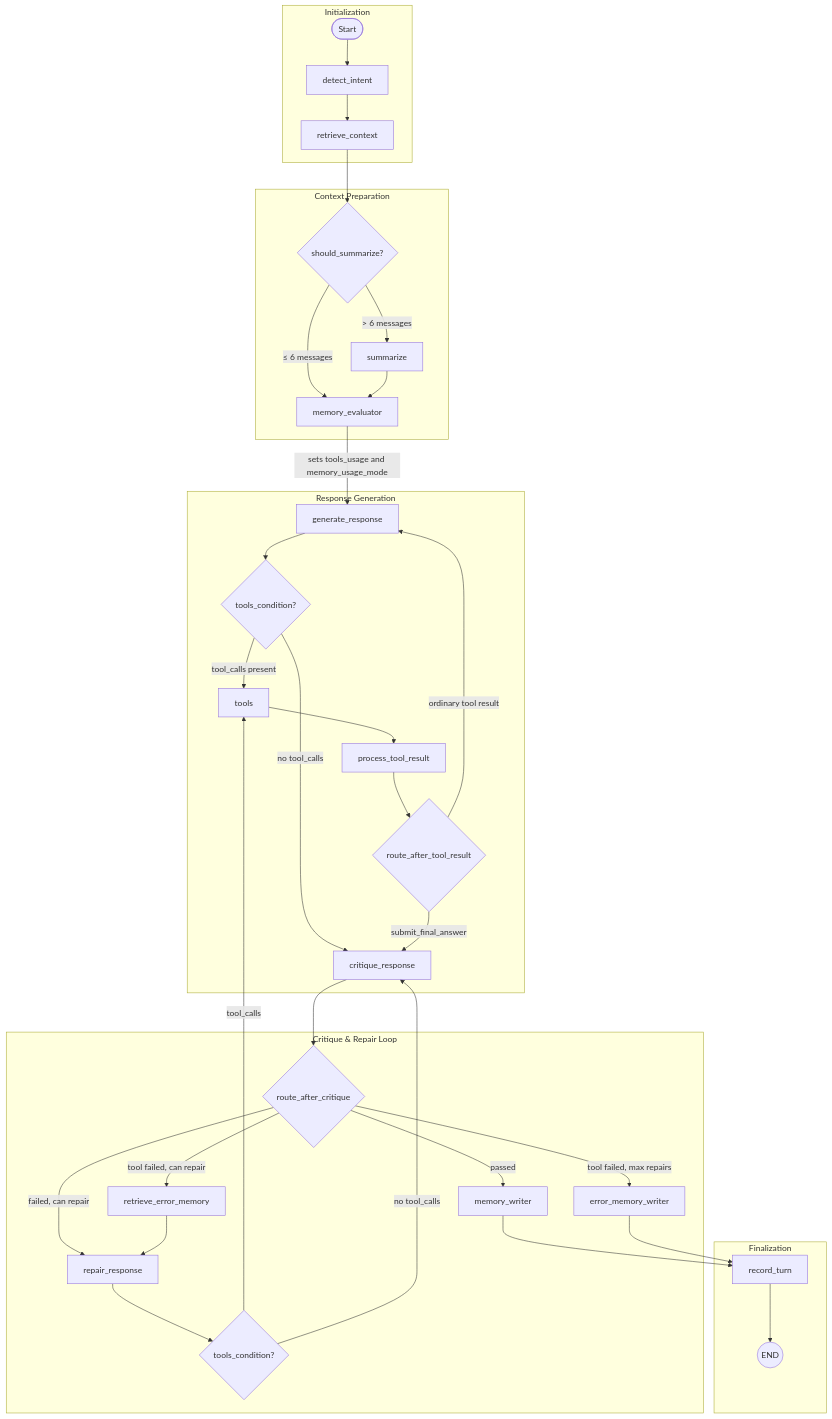
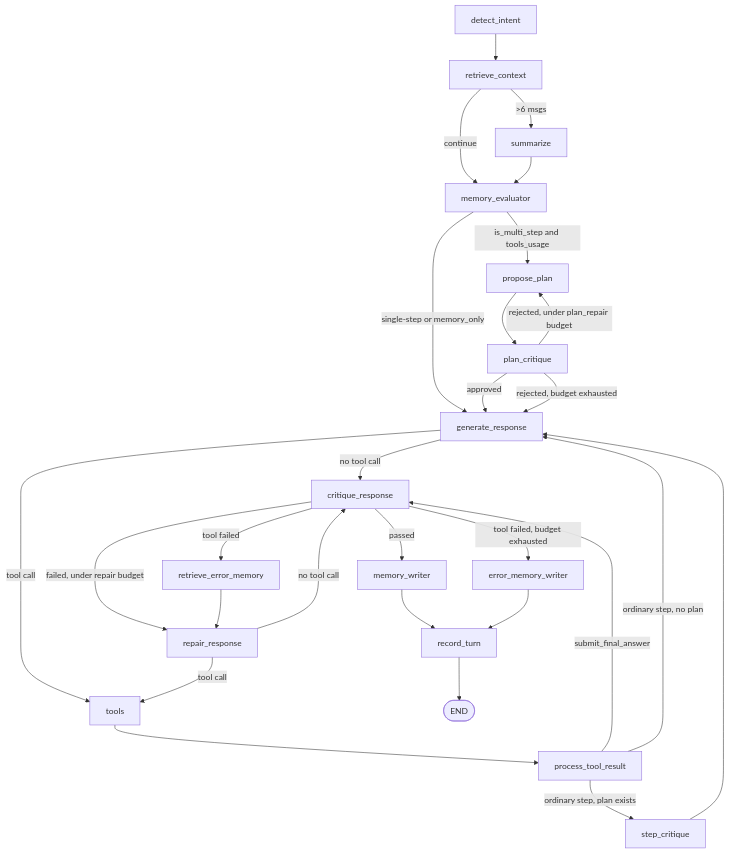
The diagram in docs/workflow-graph.md (isameerkhan12/smart-home-langgraph), drawn with Mermaid before and after one commit. The commit also changed other lines of this file and 7 other files, not shown here.

````diff
--- a/docs/workflow-graph.md
+++ b/docs/workflow-graph.md
@@ -3,43 +3,36 @@
 ```mermaid
 flowchart TD
-    subgraph init["Initialization"]
-        A([Start]) --> B[detect_intent]
-        B --> C[retrieve_context]
-    end
+    A[detect_intent] --> B[retrieve_context]
+    B -->|"continue"| ME[memory_evaluator]
+    B -->|">6 msgs"| S[summarize]
+    S --> ME
 
-    subgraph context["Context Preparation"]
-        C --> D{should_summarize?}
-        D -->|"> 6 messages"| E[summarize]
-        D -->|"≤ 6 messages"| P[memory_evaluator]
-        E --> P
-    end
+    ME -->|"single-step or memory_only"| GR[generate_response]
+    ME -->|"is_multi_step and tools_usage"| PP[propose_plan]
 
-    subgraph generation["Response Generation"]
-        P -->|"sets tools_usage and memory_usage_mode"| F[generate_response]
-        F --> G{tools_condition?}
-        G -->|"tool_calls present"| H[tools]
-        G -->|"no tool_calls"| I[critique_response]
-        H --> J[process_tool_result]
-        J --> K{route_after_tool_result}
-        K -->|"ordinary tool result"| F
-        K -->|"submit_final_answer"| I
-    end
+    PP --> PC[plan_critique]
+    PC -->|"approved"| GR
+    PC -->|"rejected, budget exhausted"| GR
+    PC -->|"rejected, under plan_repair budget"| PP
 
-    subgraph repair["Critique & Repair Loop"]
-        I --> S{route_after_critique}
-        S -->|"passed"| L[memory_writer]
-        S -->|"failed, can repair"| M[repair_response]
-        S -->|"tool failed, can repair"| N[retrieve_error_memory]
-        S -->|"tool failed, max repairs"| O[error_memory_writer]
-        N --> M
-        M --> G2{tools_condition?}
-        G2 -->|"tool_calls"| H
-        G2 -->|"no tool_calls"| I
-    end
+    GR -->|"no tool call"| CR[critique_response]
+    GR -->|"tool call"| T[tools]
 
-    subgraph finish["Finalization"]
-        L --> Q[record_turn]
-        O --> Q
-        Q --> R((END))
-    end
+    T --> PTR[process_tool_result]
+    PTR -->|"submit_final_answer"| CR
+    PTR -->|"ordinary step, no plan"| GR
+    PTR -->|"ordinary step, plan exists"| SC[step_critique]
+    SC --> GR
+
+    CR -->|"passed"| MW[memory_writer]
+    CR -->|"failed, under repair budget"| RR[repair_response]
+    CR -->|"tool failed"| REM[retrieve_error_memory]
+    CR -->|"tool failed, budget exhausted"| EMW[error_memory_writer]
+    REM --> RR
+    RR -->|"tool call"| T
+    RR -->|"no tool call"| CR
+
+    MW --> RT[record_turn]
+    EMW --> RT
+    RT --> END([END])
 ```
````
